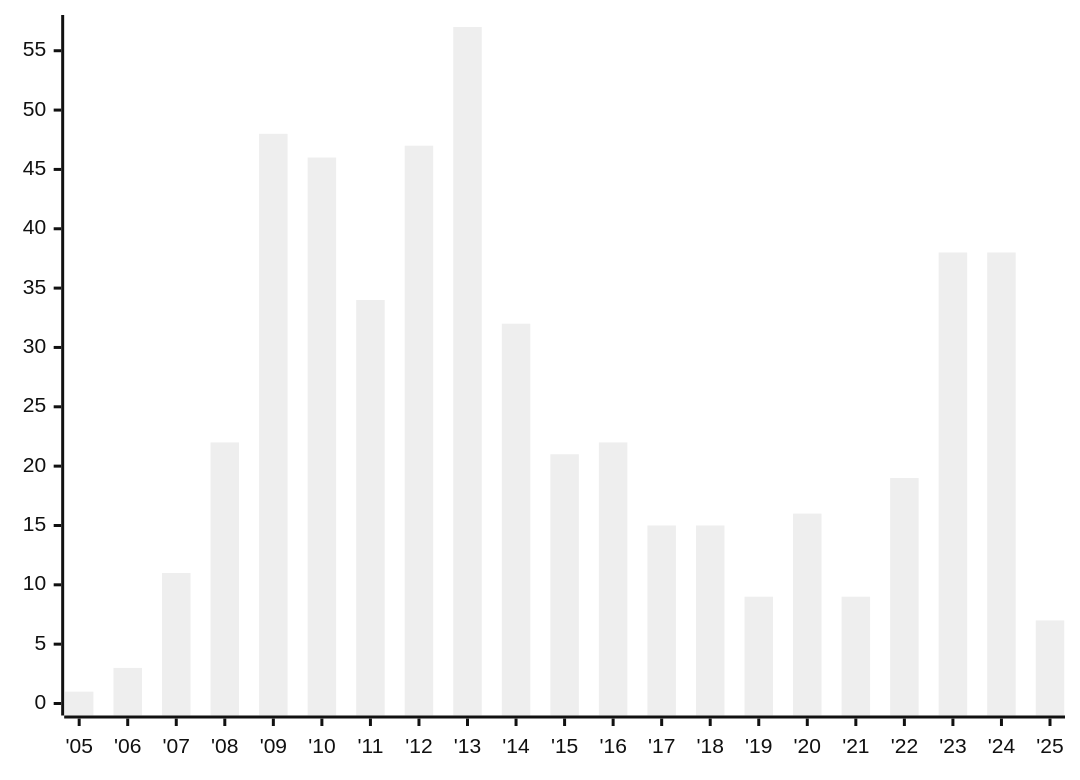
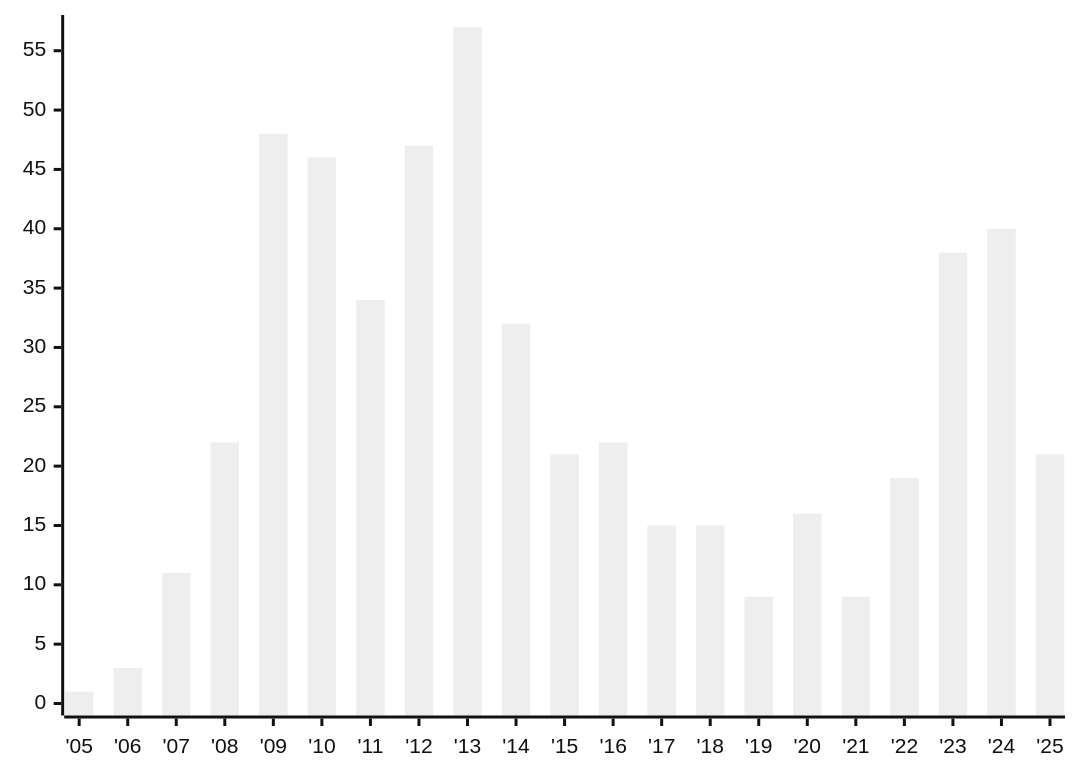
The first of 4 diagrams in index.stats.md (austrellum/navigator), drawn with Mermaid (neutral theme) before and after one commit. The commit also changed other lines of this file and 7 other files, not shown here.

````diff
--- a/index.stats.md
+++ b/index.stats.md
@@ -7,6 +7,6 @@
 ```mermaid
 xychart-beta
   x-axis ["'05","'06","'07","'08","'09","'10","'11","'12","'13","'14","'15","'16","'17","'18","'19","'20","'21","'22","'23","'24","'25"]
   y-axis 0 --> 57
-  bar [1,3,11,22,48,46,34,47,57,32,21,22,15,15,9,16,9,19,38,38,7]
+  bar [1,3,11,22,48,46,34,47,57,32,21,22,15,15,9,16,9,19,38,40,21]
 ```
````
